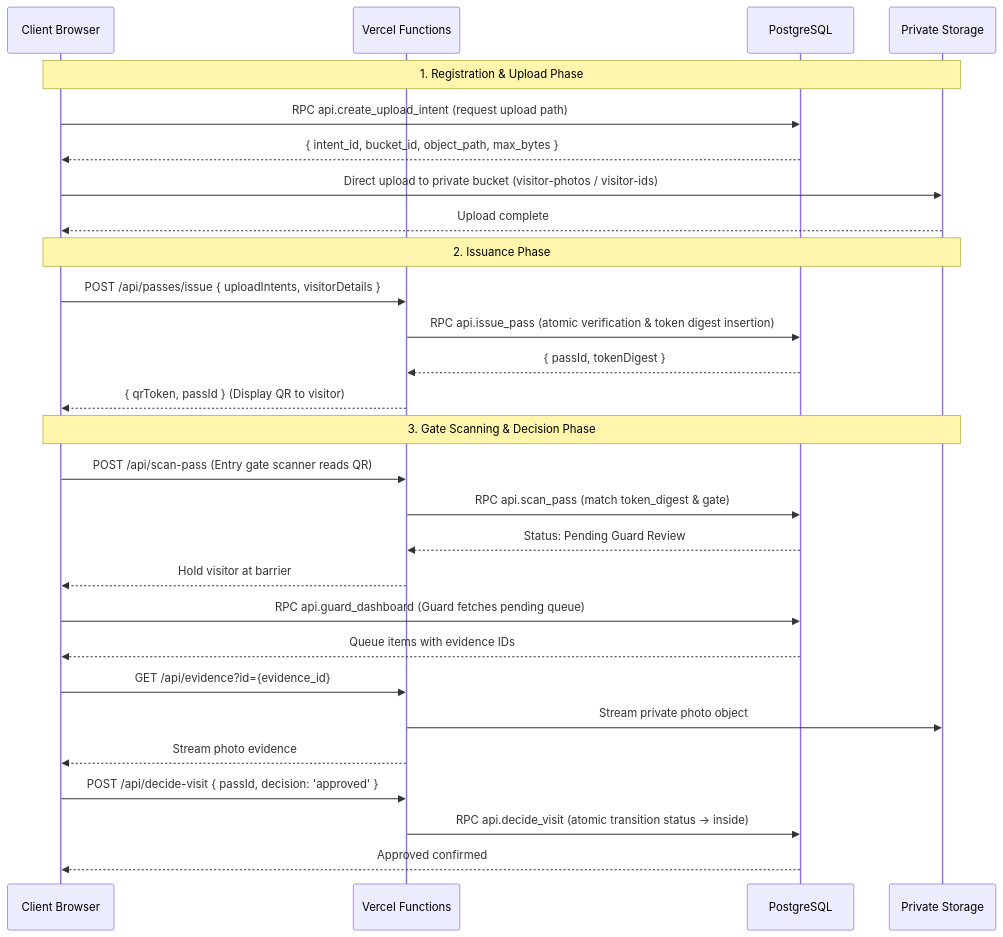
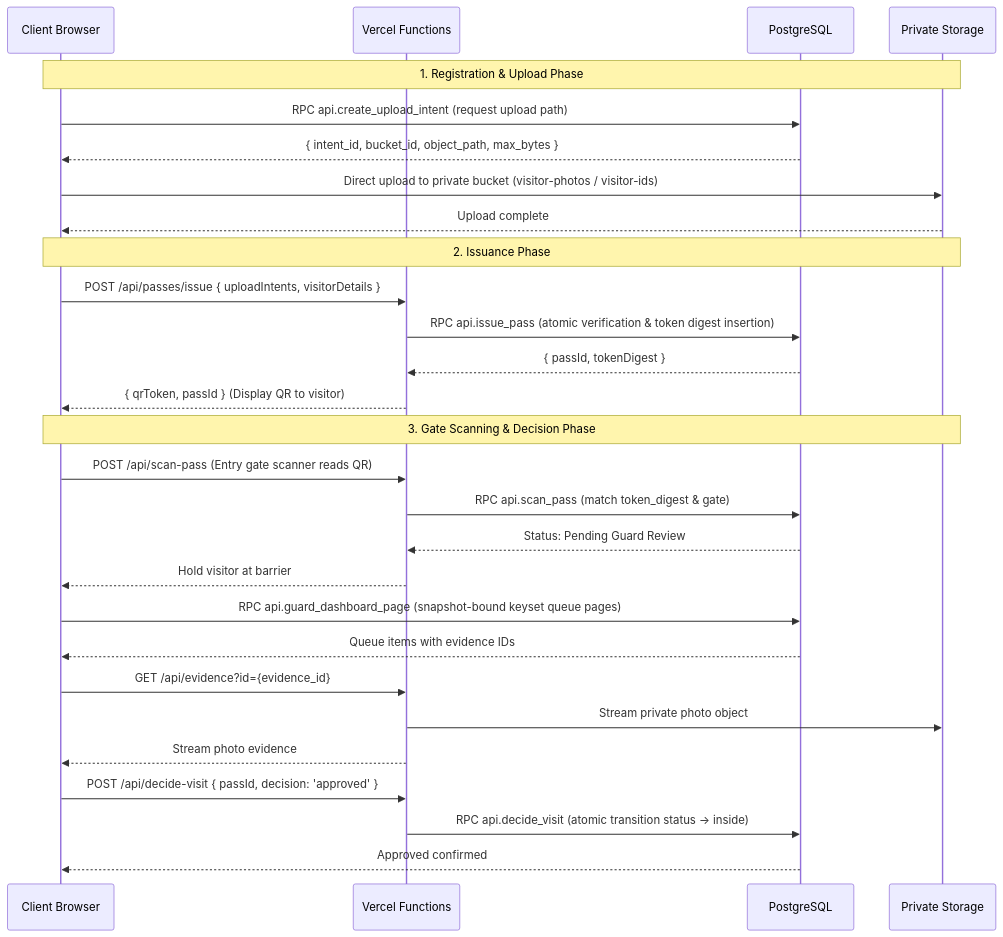
Before and after one commit to jsphhbna/egatepass: the third of 3 diagrams in docs/ARCHITECTURE.md, drawn with Mermaid. The commit also changed 6 other files, not shown here.

````diff
--- a/docs/ARCHITECTURE.md
+++ b/docs/ARCHITECTURE.md
@@ -240,34 +240,34 @@
 ```mermaid
 sequenceDiagram
     participant Browser as Client Browser
     participant API as Vercel Functions
     participant DB as PostgreSQL
     participant Storage as Private Storage
 
     Note over Browser,Storage: 1. Registration & Upload Phase
     Browser->>DB: RPC api.create_upload_intent (request upload path)
     DB-->>Browser: { intent_id, bucket_id, object_path, max_bytes }
     Browser->>Storage: Direct upload to private bucket (visitor-photos / visitor-ids)
     Storage-->>Browser: Upload complete
 
     Note over Browser,Storage: 2. Issuance Phase
     Browser->>API: POST /api/passes/issue { uploadIntents, visitorDetails }
     API->>DB: RPC api.issue_pass (atomic verification & token digest insertion)
     DB-->>API: { passId, tokenDigest }
     API-->>Browser: { qrToken, passId } (Display QR to visitor)
 
     Note over Browser,Storage: 3. Gate Scanning & Decision Phase
     Browser->>API: POST /api/scan-pass (Entry gate scanner reads QR)
     API->>DB: RPC api.scan_pass (match token_digest & gate)
     DB-->>API: Status: Pending Guard Review
     API-->>Browser: Hold visitor at barrier
 
-    Browser->>DB: RPC api.guard_dashboard (Guard fetches pending queue)
+    Browser->>DB: RPC api.guard_dashboard_page (snapshot-bound keyset queue pages)
     DB-->>Browser: Queue items with evidence IDs
     Browser->>API: GET /api/evidence?id={evidence_id}
     API->>Storage: Stream private photo object
     API-->>Browser: Stream photo evidence
     Browser->>API: POST /api/decide-visit { passId, decision: 'approved' }
     API->>DB: RPC api.decide_visit (atomic transition status -> inside)
     DB-->>Browser: Approved confirmed
 ```
````
